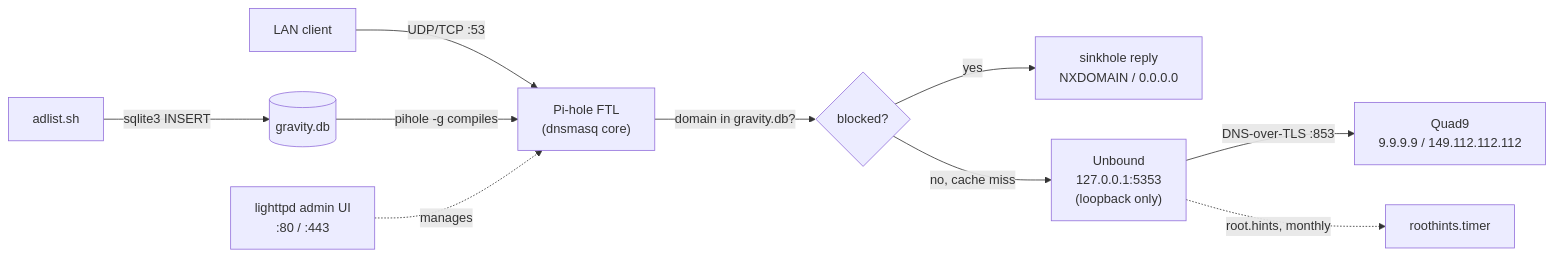
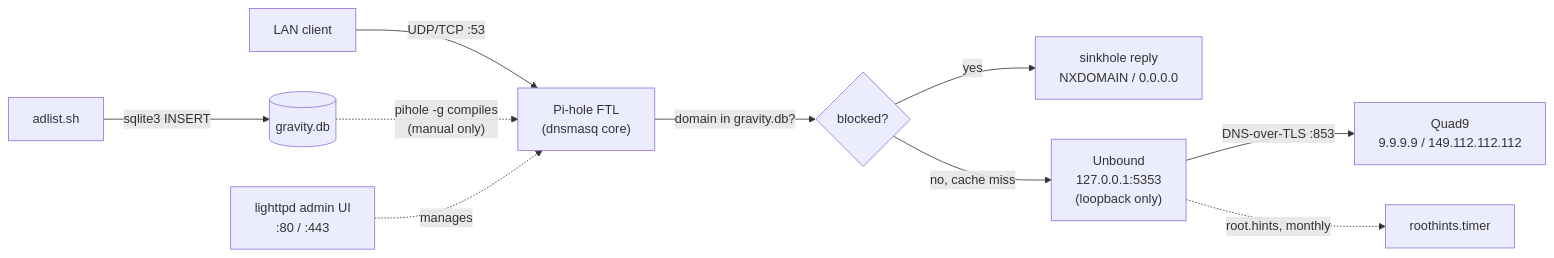
Before and after one commit to kishansundar/pihole-unbound: the diagram in README.md, drawn with Mermaid. The commit also changed other lines of this file and 1 other file, not shown here.

First line of the commit message:
Remove cleanup.sh and its systemd units; drop pihole.service/.timer

````diff
--- a/README.md
+++ b/README.md
@@ -16,12 +16,12 @@
 ```mermaid
 flowchart LR
     client["LAN client"] -->|"UDP/TCP :53"| ftl["Pi-hole FTL\n(dnsmasq core)"]
     ftl -->|"domain in gravity.db?"| decision{"blocked?"}
     decision -->|yes| sink["sinkhole reply\nNXDOMAIN / 0.0.0.0"]
     decision -->|"no, cache miss"| unbound["Unbound\n127.0.0.1:5353\n(loopback only)"]
     unbound -->|"DNS-over-TLS :853"| quad9["Quad9\n9.9.9.9 / 149.112.112.112"]
     unbound -.->|"root.hints, monthly"| hints["roothints.timer"]
     loader["adlist.sh"] -->|"sqlite3 INSERT"| gdb[("gravity.db")]
-    gdb -->|"pihole -g compiles"| ftl
+    gdb -.->|"pihole -g compiles\n(manual only)"| ftl
     admin["lighttpd admin UI\n:80 / :443"] -.manages.-> ftl
 ```
````
